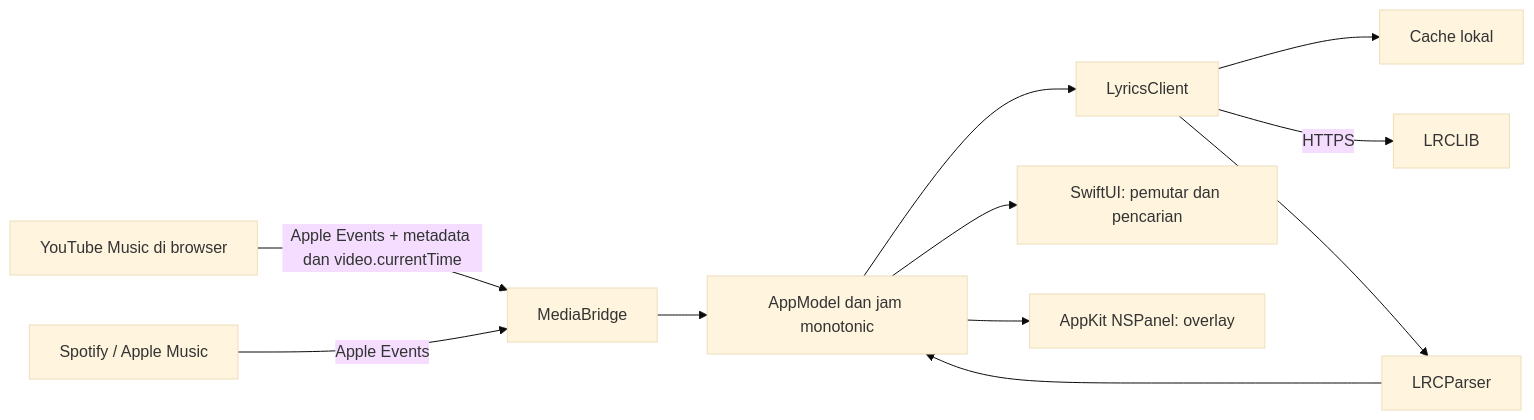
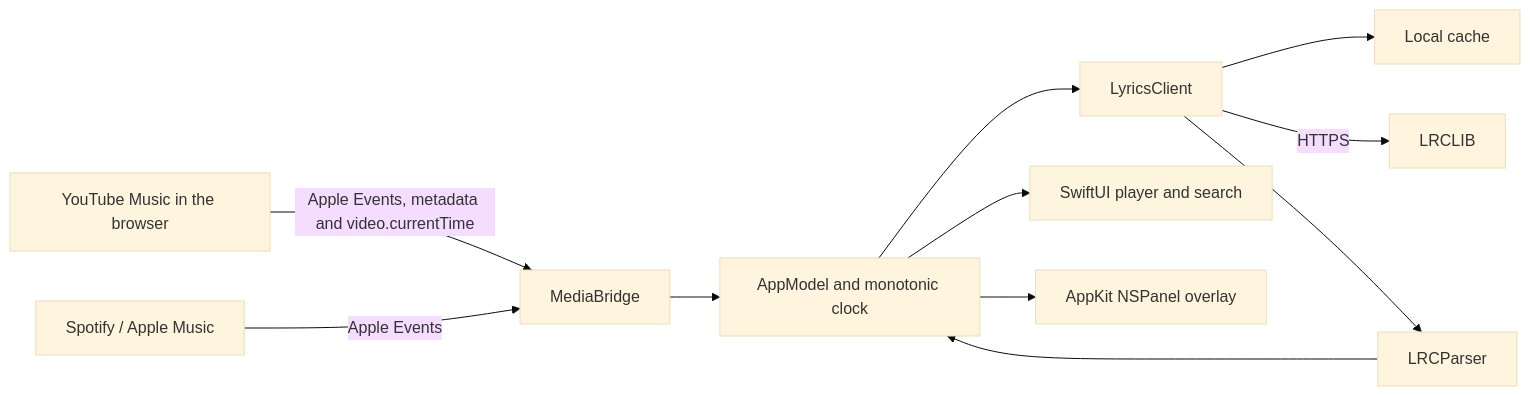
The diagram in docs/ARCHITECTURE.md (Fikriazrbni/Liris), drawn with Mermaid (base theme) before and after one commit. The commit also changed other lines of this file and 52 other files, not shown here.

````diff
--- a/docs/ARCHITECTURE.md
+++ b/docs/ARCHITECTURE.md
@@ -5,13 +5,13 @@
 ```mermaid
 flowchart LR
-    Y[YouTube Music di browser] -->|Apple Events + metadata dan video.currentTime| M[MediaBridge]
+    Y[YouTube Music in the browser] -->|Apple Events, metadata and video.currentTime| M[MediaBridge]
     S[Spotify / Apple Music] -->|Apple Events| M
-    M --> A[AppModel dan jam monotonic]
+    M --> A[AppModel and monotonic clock]
     A --> C[LyricsClient]
-    C --> D[Cache lokal]
+    C --> D[Local cache]
     C -->|HTTPS| L[LRCLIB]
     C --> P[LRCParser]
     P --> A
-    A --> U[SwiftUI: pemutar dan pencarian]
-    A --> O[AppKit NSPanel: overlay]
+    A --> U[SwiftUI player and search]
+    A --> O[AppKit NSPanel overlay]
 ```
````
